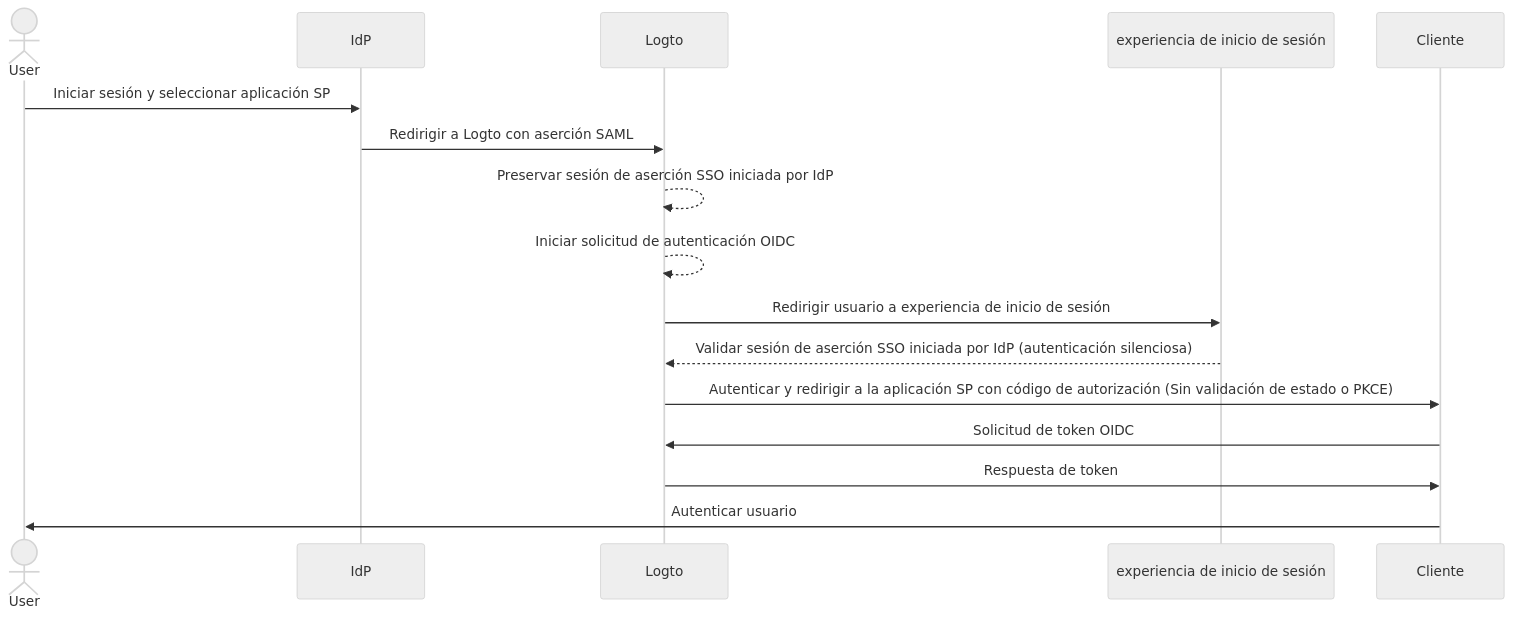
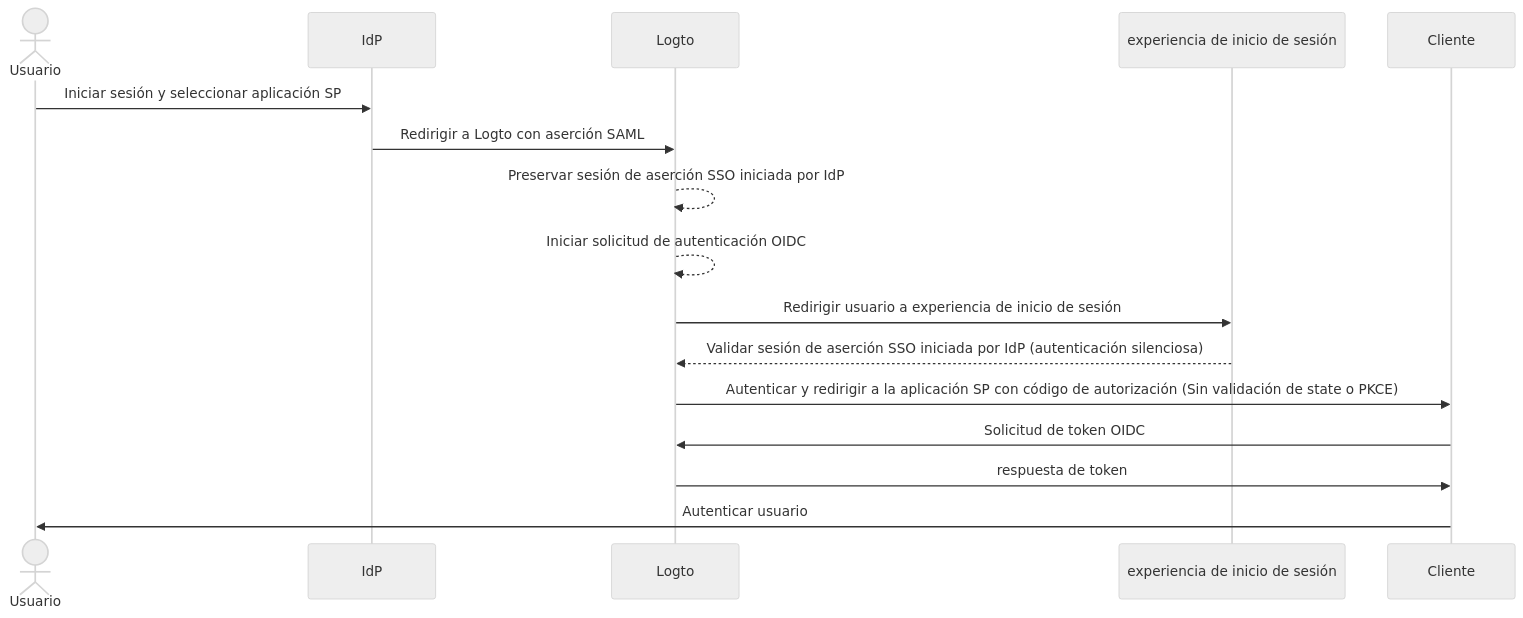
The second of 2 diagrams in i18n/es/docusaurus-plugin-content-docs/current/end-user-flows/enterprise-sso/idp-initiated-sso.mdx (logto-io/docs), drawn with Mermaid (neutral theme) before and after one commit. The commit also changed other lines of this file and 666 other files, not shown here.

````diff
--- a/i18n/es/docusaurus-plugin-content-docs/current/end-user-flows/enterprise-sso/idp-initiated-sso.mdx
+++ b/i18n/es/docusaurus-plugin-content-docs/current/end-user-flows/enterprise-sso/idp-initiated-sso.mdx
@@ -137,20 +137,20 @@
 ```mermaid
   sequenceDiagram
 
-  actor User
+  actor Usuario
   participant IdP as IdP
   participant Logto as Logto
-  participant Experience as experiencia de inicio de sesión
+  participant Experiencia as experiencia de inicio de sesión
   participant SP as Cliente
 
-  User->>IdP: Iniciar sesión y seleccionar aplicación SP
+  Usuario->>IdP: Iniciar sesión y seleccionar aplicación SP
   IdP->>Logto: Redirigir a Logto con aserción SAML
   Logto-->>Logto: Preservar sesión de aserción SSO iniciada por IdP
   Logto-->>Logto: Iniciar solicitud de autenticación OIDC
-  Logto->>Experience: Redirigir usuario a experiencia de inicio de sesión
-  Experience-->>Logto: Validar sesión de aserción SSO iniciada por IdP (autenticación silenciosa)
-  Logto->>SP: Autenticar y redirigir a la aplicación SP con código de autorización (Sin validación de estado o PKCE)
+  Logto->>Experiencia: Redirigir usuario a experiencia de inicio de sesión
+  Experiencia-->>Logto: Validar sesión de aserción SSO iniciada por IdP (autenticación silenciosa)
+  Logto->>SP: Autenticar y redirigir a la aplicación SP con código de autorización (Sin validación de state o PKCE)
   SP->>Logto: Solicitud de token OIDC
-  Logto->>SP: Respuesta de token
-  SP->>User: Autenticar usuario
+  Logto->>SP: respuesta de token
+  SP->>Usuario: Autenticar usuario
 ```
````
